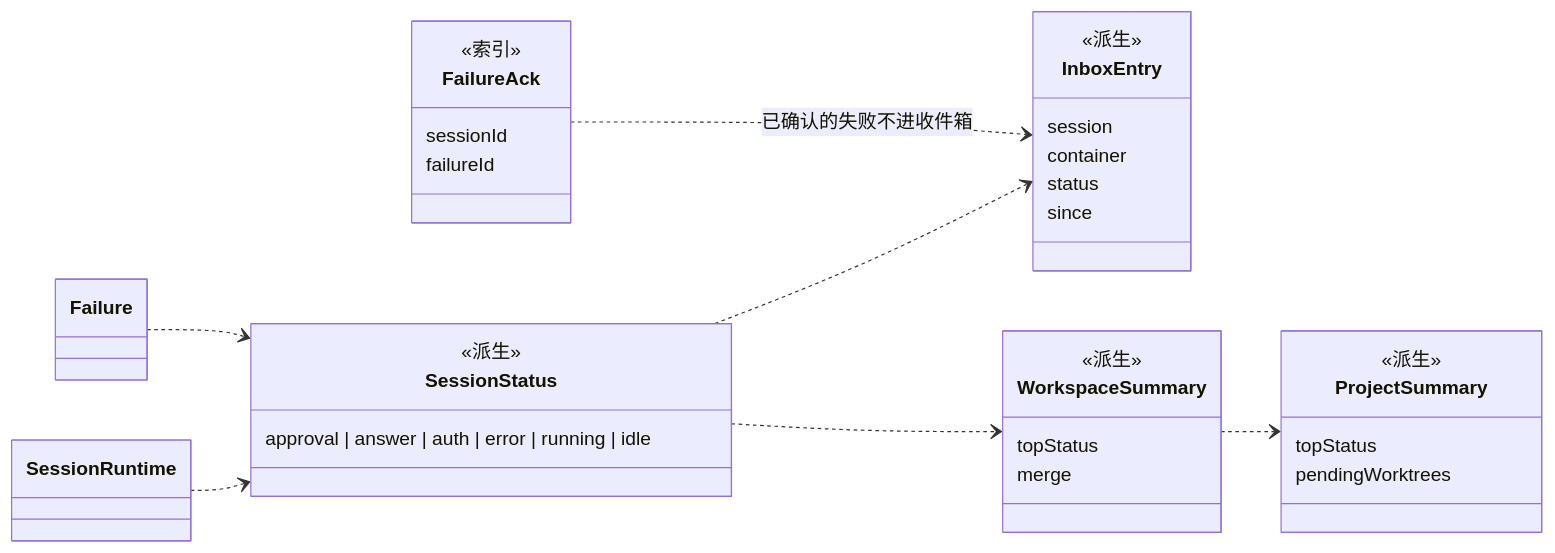
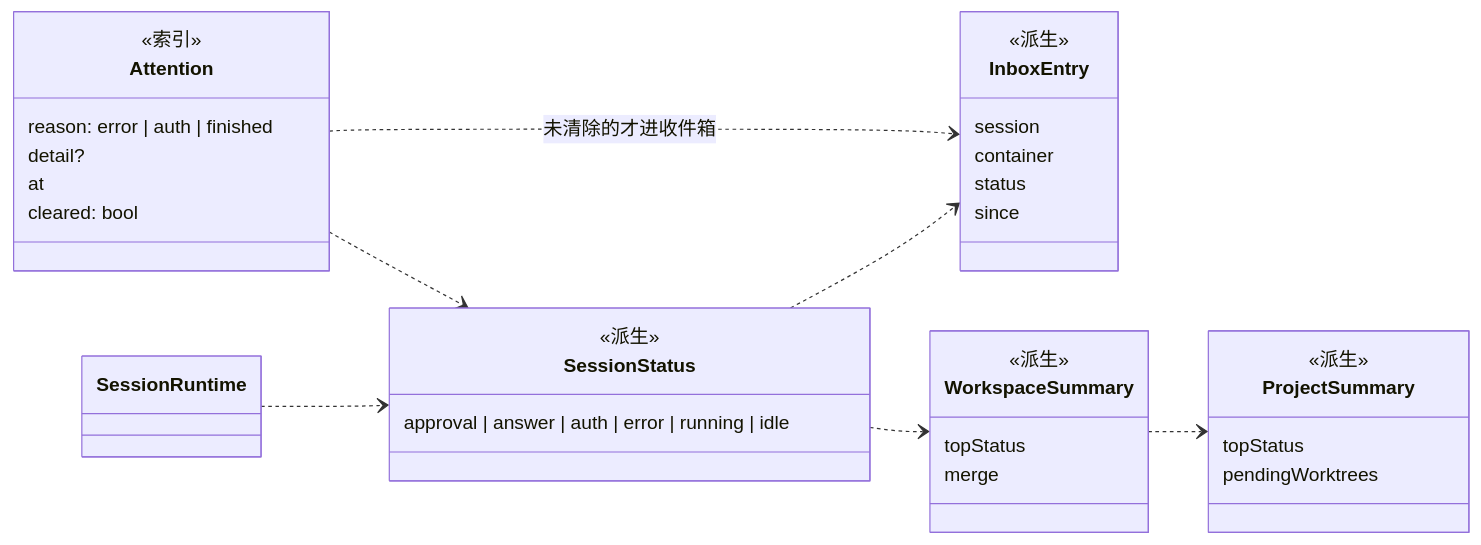
The fourth of 7 diagrams in docs/architecture/domain-model.md (Wan-Kai/atrium), drawn with Mermaid before and after one commit. The commit also changed other lines of this file and 1 other file, not shown here.

````diff
--- a/docs/architecture/domain-model.md
+++ b/docs/architecture/domain-model.md
@@ -329,36 +340,38 @@
 ```mermaid
 classDiagram
     direction LR
     class SessionStatus {
       <<派生>>
       approval | answer | auth | error | running | idle
     }
-    class FailureAck {
+    class Attention {
       <<索引>>
-      sessionId
-      failureId
+      reason: error | auth | finished
+      detail?
+      at
+      cleared: bool
     }
     class InboxEntry {
       <<派生>>
       session
       container
       status
       since
     }
     class WorkspaceSummary {
       <<派生>>
       topStatus
       merge
     }
     class ProjectSummary {
       <<派生>>
       topStatus
       pendingWorktrees
     }
     SessionRuntime ..> SessionStatus
-    Failure ..> SessionStatus
+    Attention ..> SessionStatus
     SessionStatus ..> InboxEntry
-    FailureAck ..> InboxEntry : 已确认的失败不进收件箱
+    Attention ..> InboxEntry : 未清除的才进收件箱
     SessionStatus ..> WorkspaceSummary
     WorkspaceSummary ..> ProjectSummary
 ```
````
